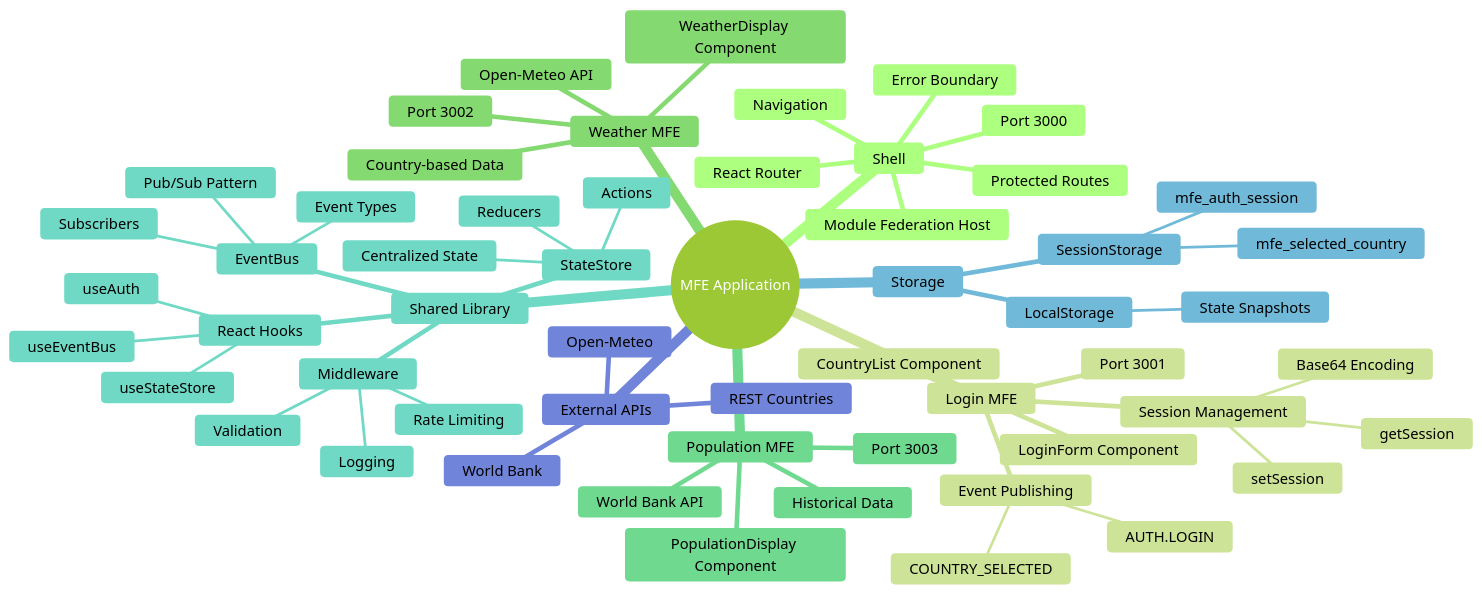
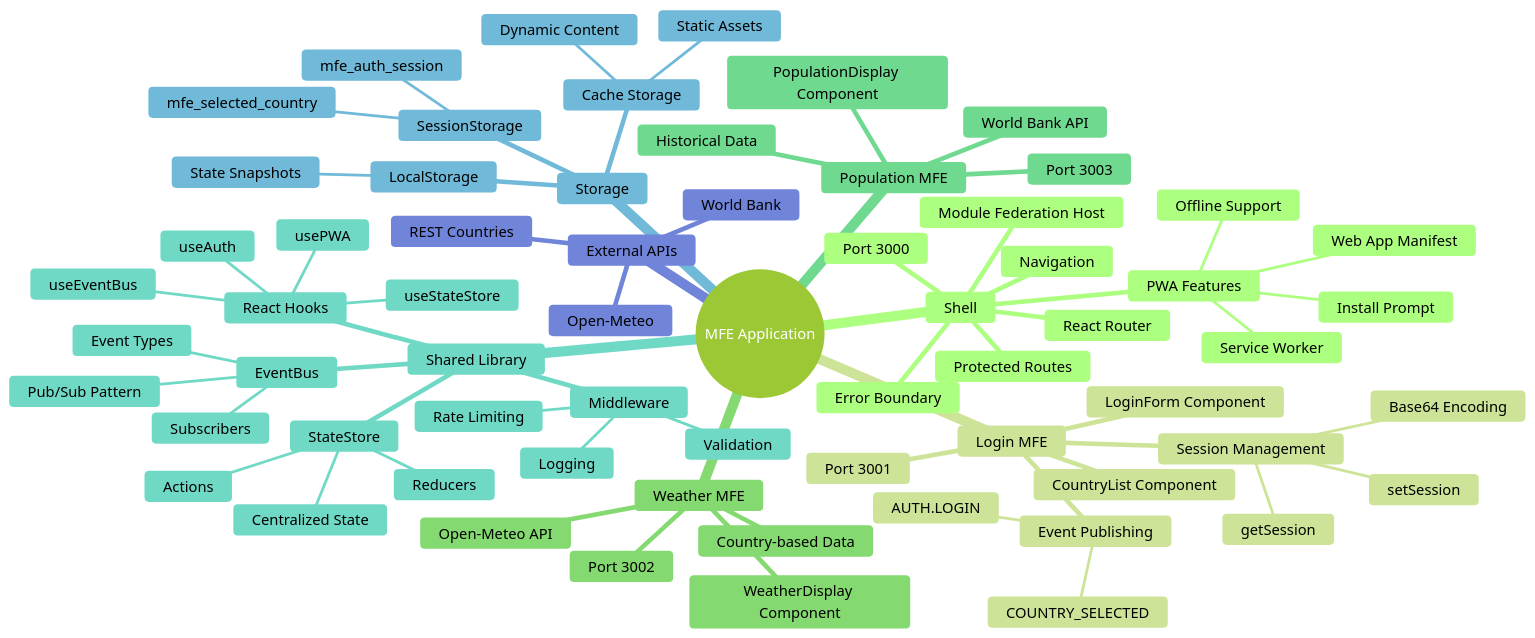
The third of 19 diagrams in docs/ARCHITECTURE_DIAGRAMS_UPDATED.md (decodewithraghu/microfrontend-app-demo), drawn with Mermaid (forest theme) before and after one commit. The commit also changed other lines of this file, not shown here.

First line of the commit message:
docs: Add PWA architecture diagrams

````diff
--- a/docs/ARCHITECTURE_DIAGRAMS_UPDATED.md
+++ b/docs/ARCHITECTURE_DIAGRAMS_UPDATED.md
@@ -31,59 +137,68 @@
 ```mermaid
 mindmap
   root((MFE Application))
     Shell
       Port 3000
       React Router
       Navigation
       Protected Routes
       Error Boundary
       Module Federation Host
+      PWA Features
+        Service Worker
+        Web App Manifest
+        Offline Support
+        Install Prompt
     Login MFE
       Port 3001
       LoginForm Component
       CountryList Component
       Session Management
         setSession
         getSession
         Base64 Encoding
       Event Publishing
         AUTH.LOGIN
         COUNTRY_SELECTED
     Weather MFE
       Port 3002
       WeatherDisplay Component
       Open-Meteo API
       Country-based Data
     Population MFE
       Port 3003
       PopulationDisplay Component
       World Bank API
       Historical Data
     Shared Library
       EventBus
         Pub/Sub Pattern
         Event Types
         Subscribers
       StateStore
         Centralized State
         Actions
         Reducers
       Middleware
         Logging
         Validation
         Rate Limiting
       React Hooks
         useEventBus
         useStateStore
         useAuth
+        usePWA
     Storage
       SessionStorage
         mfe_auth_session
         mfe_selected_country
       LocalStorage
         State Snapshots
+      Cache Storage
+        Static Assets
+        Dynamic Content
     External APIs
       REST Countries
       Open-Meteo
       World Bank
 ```
````
